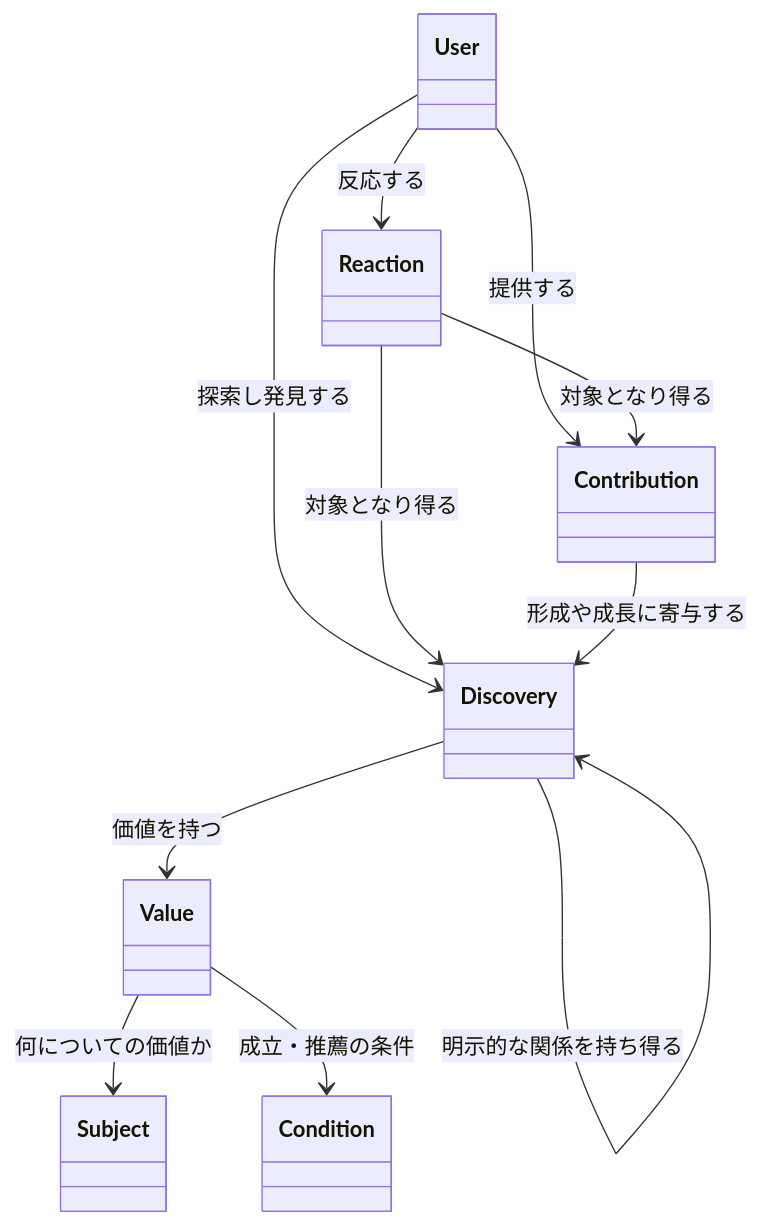
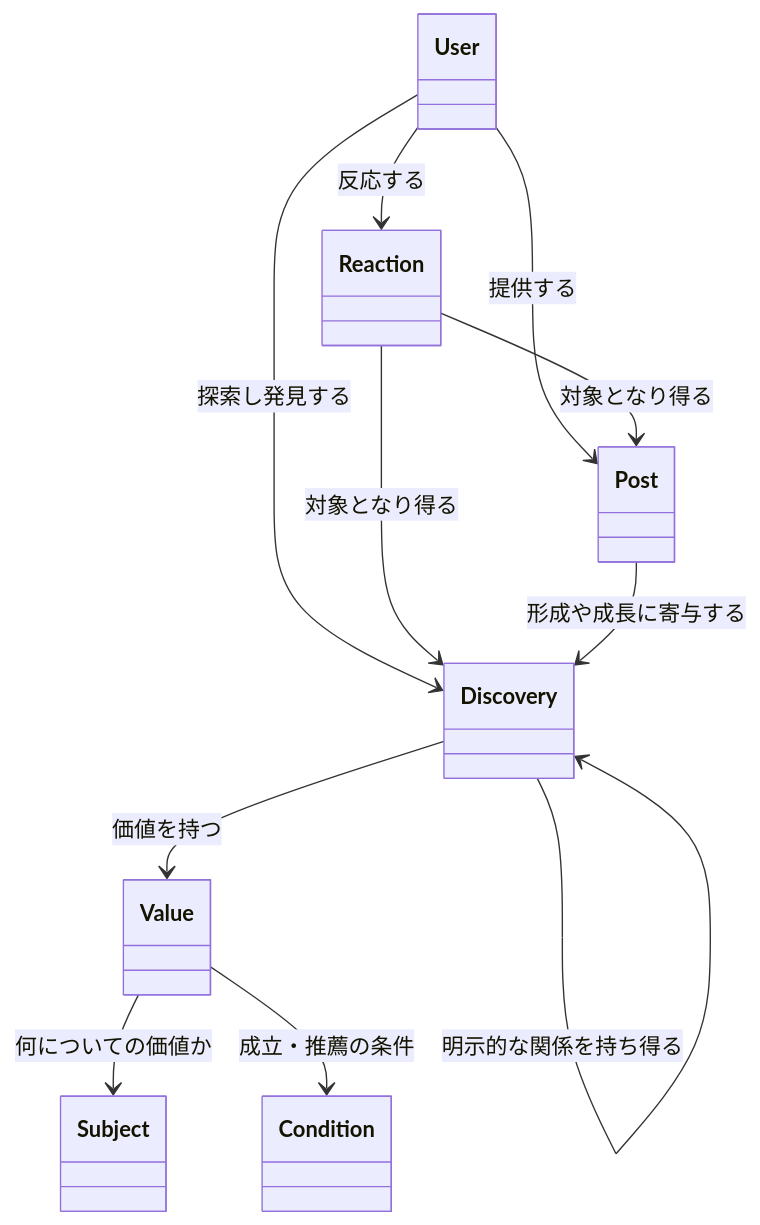
The first of 6 diagrams in docs/ex-day_domain_model.md (ex-day/platform), drawn with Mermaid before and after one commit. The commit also changed other lines of this file and 3 other files, not shown here.

First line of the commit message:
docs: rename Contribution to Post in upper-level documents (Issue #58)

````diff
--- a/docs/ex-day_domain_model.md
+++ b/docs/ex-day_domain_model.md
@@ -175,21 +177,21 @@
 ```mermaid
 classDiagram
     class User
     class Discovery
     class Value
     class Subject
     class Condition
-    class Contribution
+    class Post
     class Reaction
  
     User --> Discovery : 探索し発見する
-    User --> Contribution : 提供する
+    User --> Post : 提供する
     User --> Reaction : 反応する
     Reaction --> Discovery : 対象となり得る
-    Reaction --> Contribution : 対象となり得る
-    Contribution --> Discovery : 形成や成長に寄与する
+    Reaction --> Post : 対象となり得る
+    Post --> Discovery : 形成や成長に寄与する
     Discovery --> Value : 価値を持つ
     Value --> Subject : 何についての価値か
     Value --> Condition : 成立・推薦の条件
     Discovery --> Discovery : 明示的な関係を持ち得る
 ```
````
